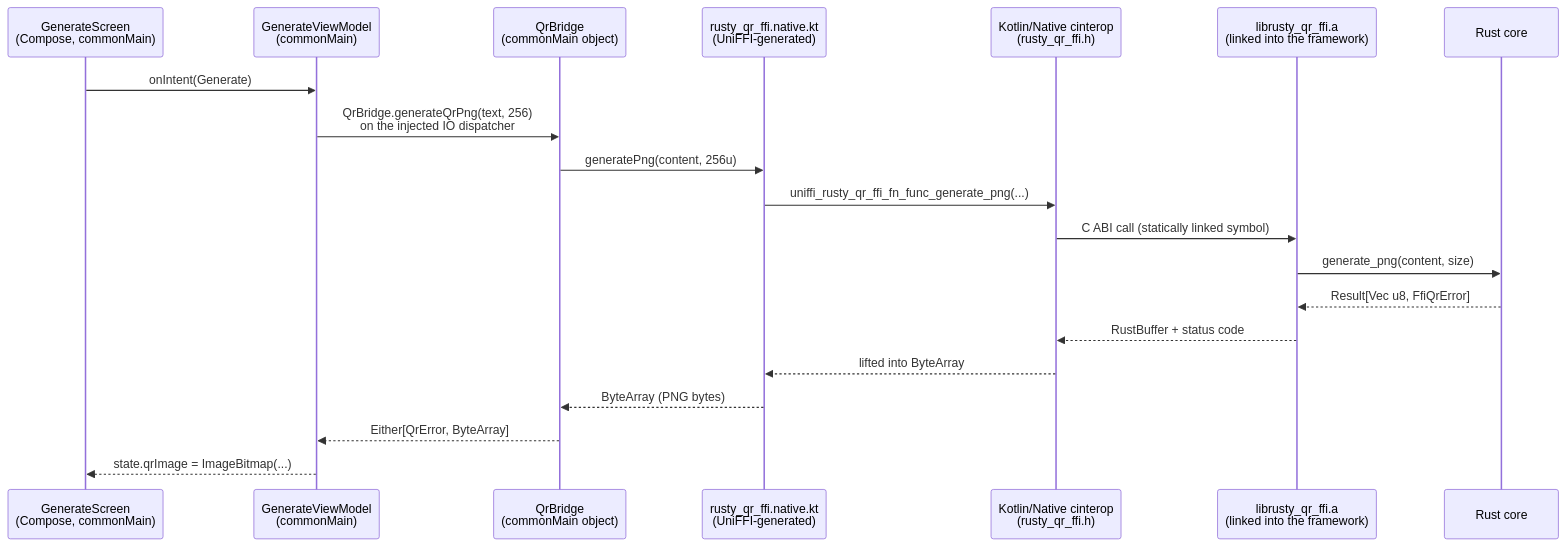
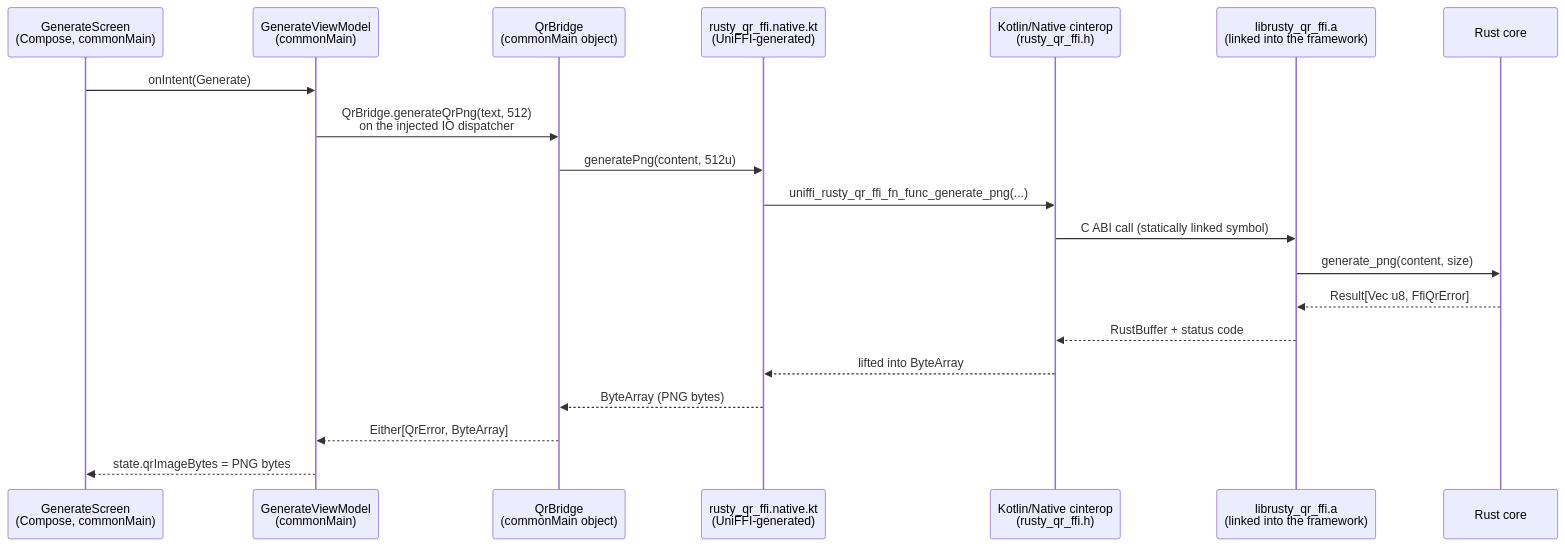
Before and after one commit to prasannajeet/RustyQR: the seventh of 7 diagrams in docs/ARCHITECTURE.md, drawn with Mermaid. The commit also changed other lines of this file and 7 other files, not shown here.

````diff
--- a/docs/ARCHITECTURE.md
+++ b/docs/ARCHITECTURE.md
@@ -443,23 +444,23 @@
 ```mermaid
 sequenceDiagram
     participant UI as GenerateScreen<br/>(Compose, commonMain)
     participant VM as GenerateViewModel<br/>(commonMain)
     participant Bridge as QrBridge<br/>(commonMain object)
     participant Gen as rusty_qr_ffi.native.kt<br/>(UniFFI-generated)
     participant CI as Kotlin/Native cinterop<br/>(rusty_qr_ffi.h)
     participant A as librusty_qr_ffi.a<br/>(linked into the framework)
     participant Rust as Rust core
 
     UI->>VM: onIntent(Generate)
-    VM->>Bridge: QrBridge.generateQrPng(text, 256)<br/>on the injected IO dispatcher
-    Bridge->>Gen: generatePng(content, 256u)
+    VM->>Bridge: QrBridge.generateQrPng(text, 512)<br/>on the injected IO dispatcher
+    Bridge->>Gen: generatePng(content, 512u)
     Gen->>CI: uniffi_rusty_qr_ffi_fn_func_generate_png(...)
     CI->>A: C ABI call (statically linked symbol)
     A->>Rust: generate_png(content, size)
     Rust-->>A: Result[Vec u8, FfiQrError]
     A-->>CI: RustBuffer + status code
     CI-->>Gen: lifted into ByteArray
     Gen-->>Bridge: ByteArray (PNG bytes)
     Bridge-->>VM: Either[QrError, ByteArray]
-    VM-->>UI: state.qrImage = ImageBitmap(...)
+    VM-->>UI: state.qrImageBytes = PNG bytes
 ```
````
